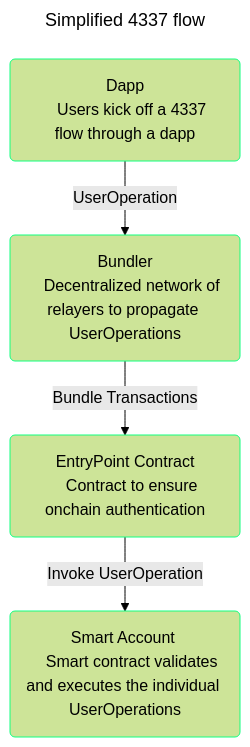
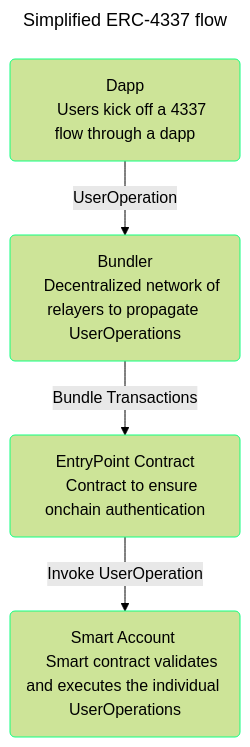
One commit to safe-global/safe-docs changed the diagram in pages/home/4337-overview.mdx. Above: the diagram before and after it, drawn with Mermaid (forest theme).

````diff
--- a/pages/home/4337-overview.mdx
+++ b/pages/home/4337-overview.mdx
@@ -10,17 +10,17 @@
 ``` mermaid
 ---
-title: Simplified 4337 flow
+title: Simplified ERC-4337 flow
 ---
 flowchart TD
     A(Dapp
     Users kick off a 4337 flow through a dapp) -->|UserOperation| B(Bundler
     Decentralized network of relayers to propagate UserOperations)
     B -->|Bundle Transactions| C(EntryPoint Contract
     Contract to ensure onchain authentication)
     C -->|Invoke UserOperation| D(Smart Account 
     Smart contract validates and executes the individual UserOperations)
     style A stroke:#12ff80
     style B stroke:#12ff80
     style C stroke:#12ff80
     style D stroke:#12ff80
 ```
````
